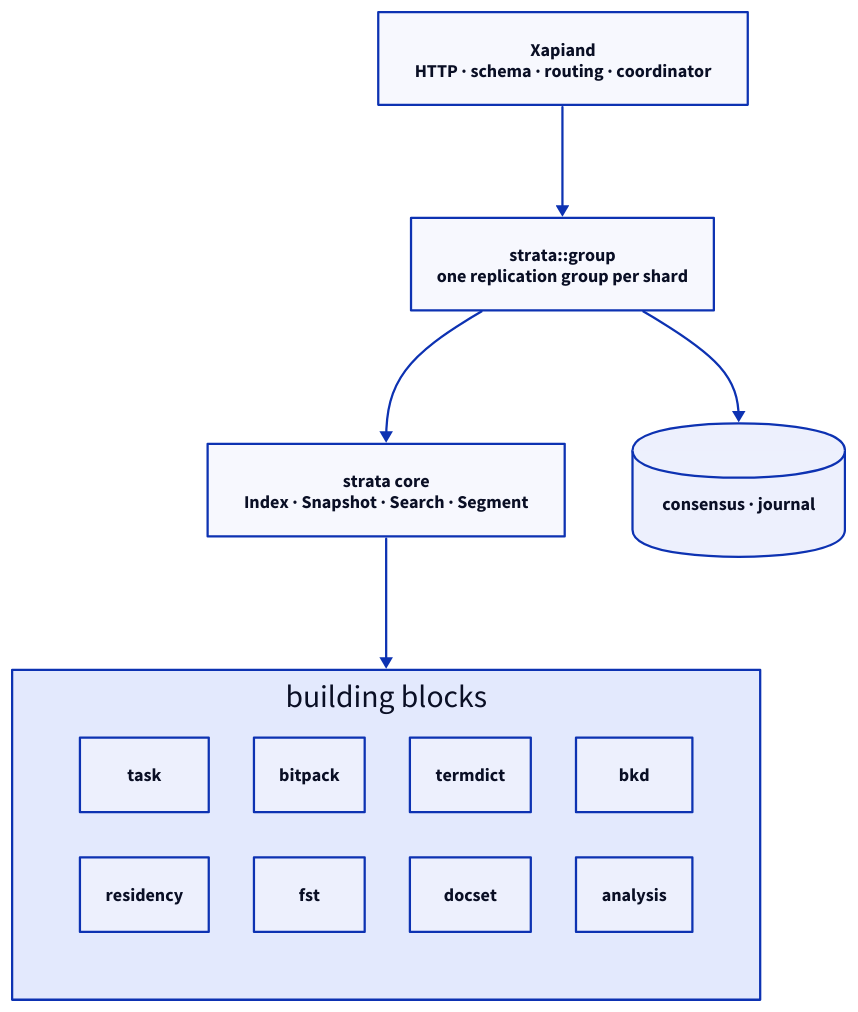
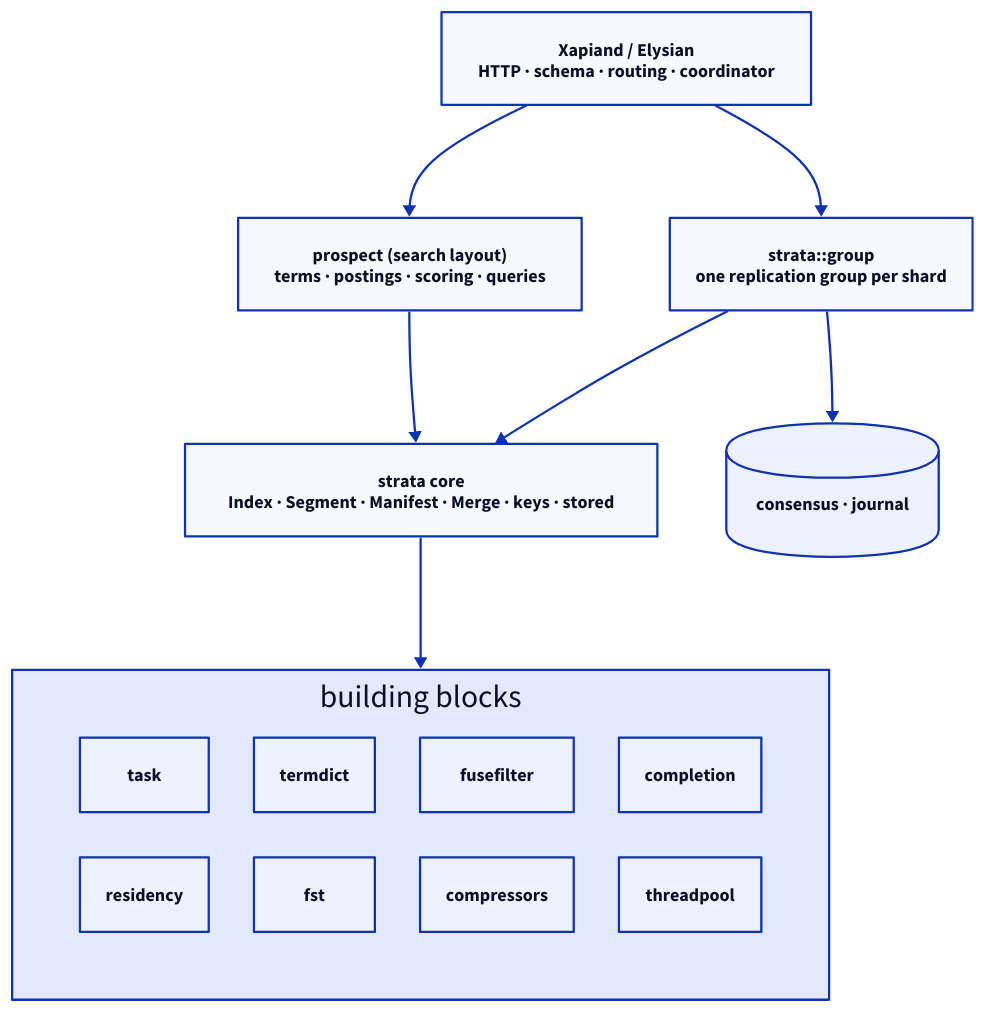
One commit to Kronuz/strata changed the diagram in docs/strata.d2. Above: the diagram before and after it, drawn with D2. The commit also changed 11 other files, not shown here.

First line of the commit message:
Say where search went: README, AGENTS, ARCHITECTURE, and links

```diff
--- a/docs/strata.d2
+++ b/docs/strata.d2
@@ -1,14 +1,17 @@
 # strata layers. Render: d2 --layout elk --sketch --theme 302 docs/strata.d2 docs/strata.svg
 direction: down
-xapiand: "Xapiand\nHTTP · schema · routing · coordinator"
+xapiand: "Xapiand / Elysian\nHTTP · schema · routing · coordinator"
 group: "strata::group\none replication group per shard"
-core: "strata core\nIndex · Snapshot · Search · Segment"
+prospect: "prospect (search layout)\nterms · postings · scoring · queries"
+core: "strata core\nIndex · Segment · Manifest · Merge · keys · stored"
 libs: "building blocks" {
   grid-columns: 4
-  task; residency; bitpack; fst; termdict; docset; bkd; analysis
+  task; residency; termdict; fst; fusefilter; compressors; completion; threadpool
 }
 repl: "consensus · journal" {shape: cylinder}
 xapiand -> group
+xapiand -> prospect
 group -> core
 group -> repl
+prospect -> core
 core -> libs
```
